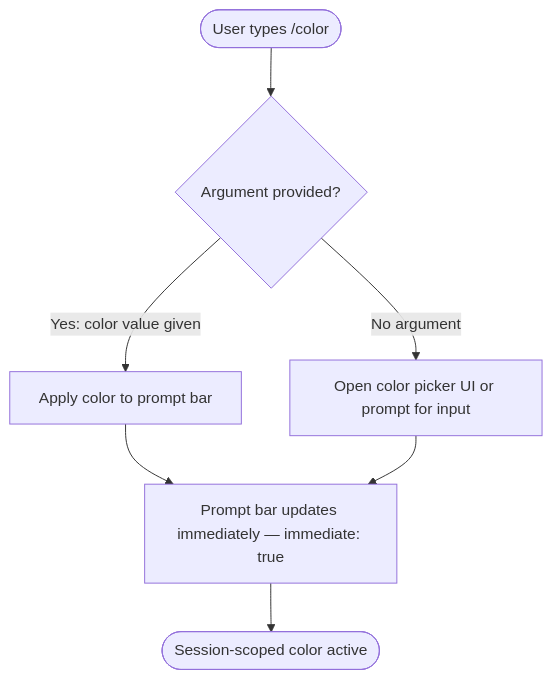
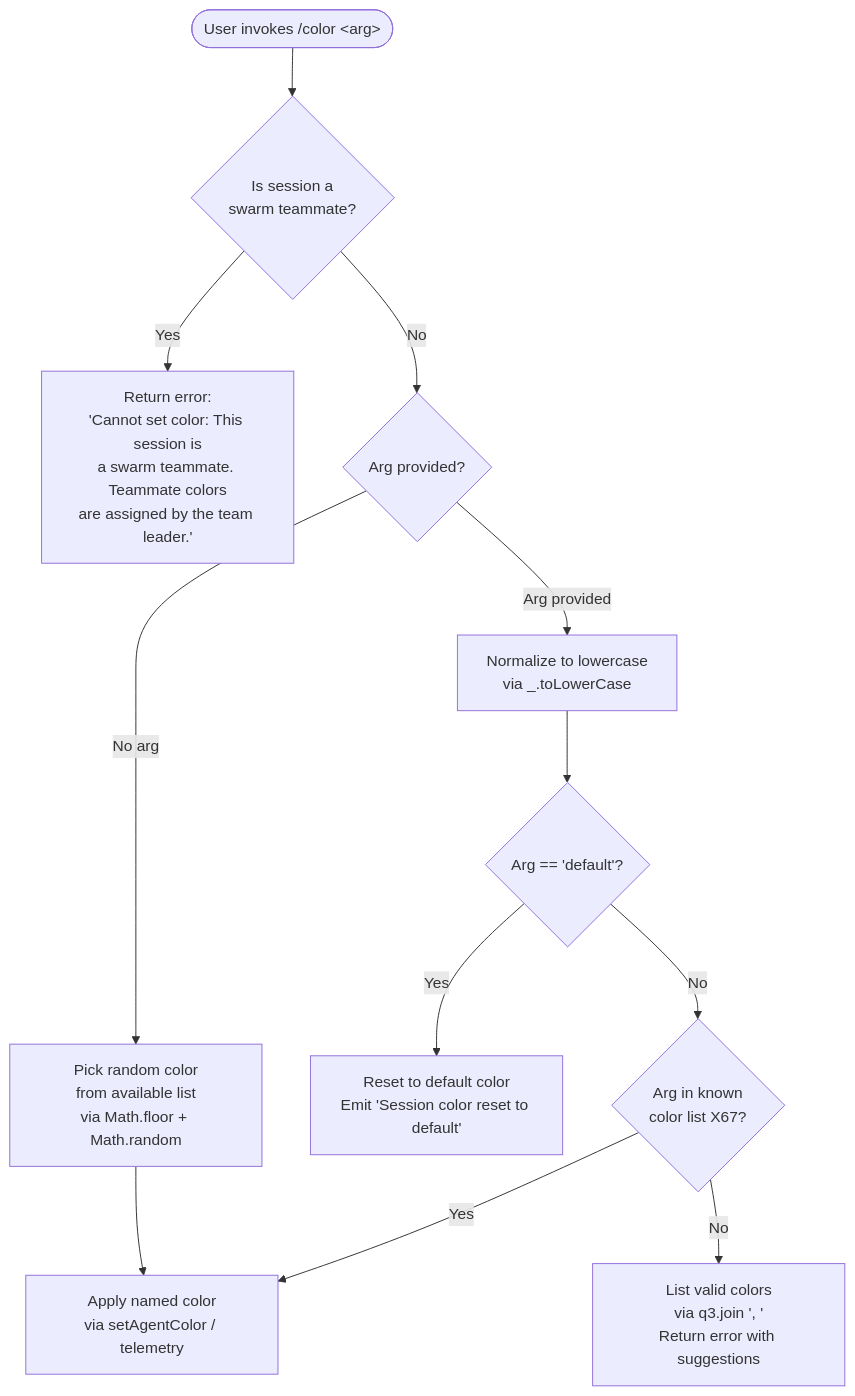
Before and after one commit to MyLittleLuckyDog/cc-gnothi: the diagram in versions/v2.1.139/color.md, drawn with Mermaid. The commit also changed other lines of this file and 97 other files, not shown here.

````diff
--- a/versions/v2.1.139/color.md
+++ b/versions/v2.1.139/color.md
@@ -47,9 +61,14 @@
 ```mermaid
 flowchart TD
-    A([User types /color]) --> B{Argument provided?}
-    B -- "Yes: color value given" --> C[Apply color to prompt bar]
-    B -- "No argument" --> D[Open color picker UI or prompt for input]
-    C --> E[Prompt bar updates immediately — immediate: true]
-    D --> E
-    E --> F([Session-scoped color active])
+    A([User invokes /color &lt;arg&gt;]) --> B{Is session a\nswarm teammate?}
+    B -- Yes --> C[Return error:\n'Cannot set color: This session is\na swarm teammate. Teammate colors\nare assigned by the team leader.']
+    B -- No --> D{Arg provided?}
+    D -- No arg --> E[Pick random color\nfrom available list\nvia Math.floor + Math.random]
+    D -- Arg provided --> F[Normalize to lowercase\nvia _.toLowerCase]
+    F --> G{Arg == 'default'?}
+    G -- Yes --> H[Reset to default color\nEmit 'Session color reset to default']
+    G -- No --> I{Arg in known\ncolor list X67?}
+    I -- Yes --> J[Apply named color\nvia setAgentColor / telemetry]
+    I -- No --> K[List valid colors\nvia q3.join ', '\nReturn error with suggestions]
+    E --> J
 ```
````
